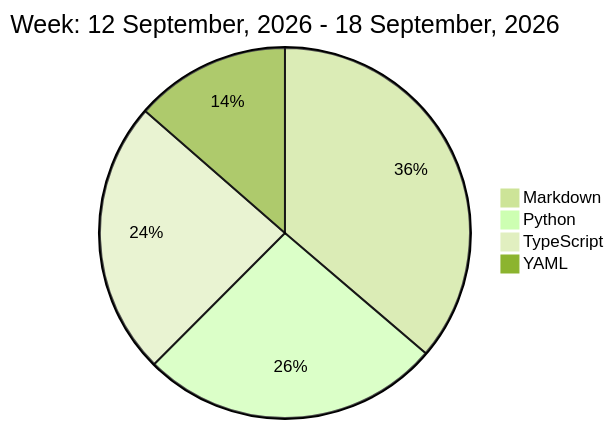
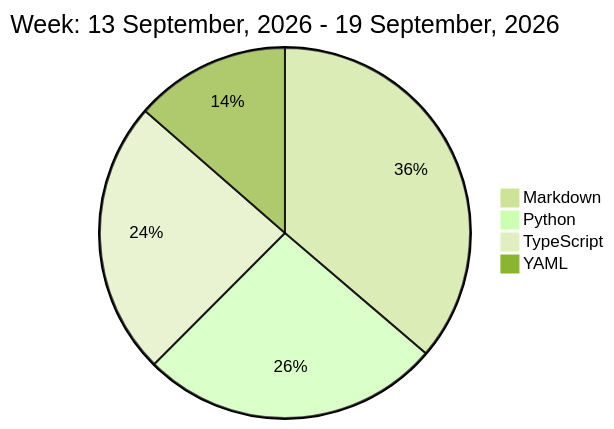
Before and after one commit to liubin95/liubin95: the diagram in README.md, drawn with Mermaid (forest theme).

Commit message:
Updated the Graph with new Metrics

````diff
--- a/README.md
+++ b/README.md
@@ -32,8 +32,8 @@
 ```mermaid
  pie
-title Week: 12 September, 2026 - 18 September, 2026
+title Week: 13 September, 2026 - 19 September, 2026
  "Markdown" : 5.42
  "Python" : 3.92
  "TypeScript" : 3.58
  "YAML" : 2.03
 ```
````
